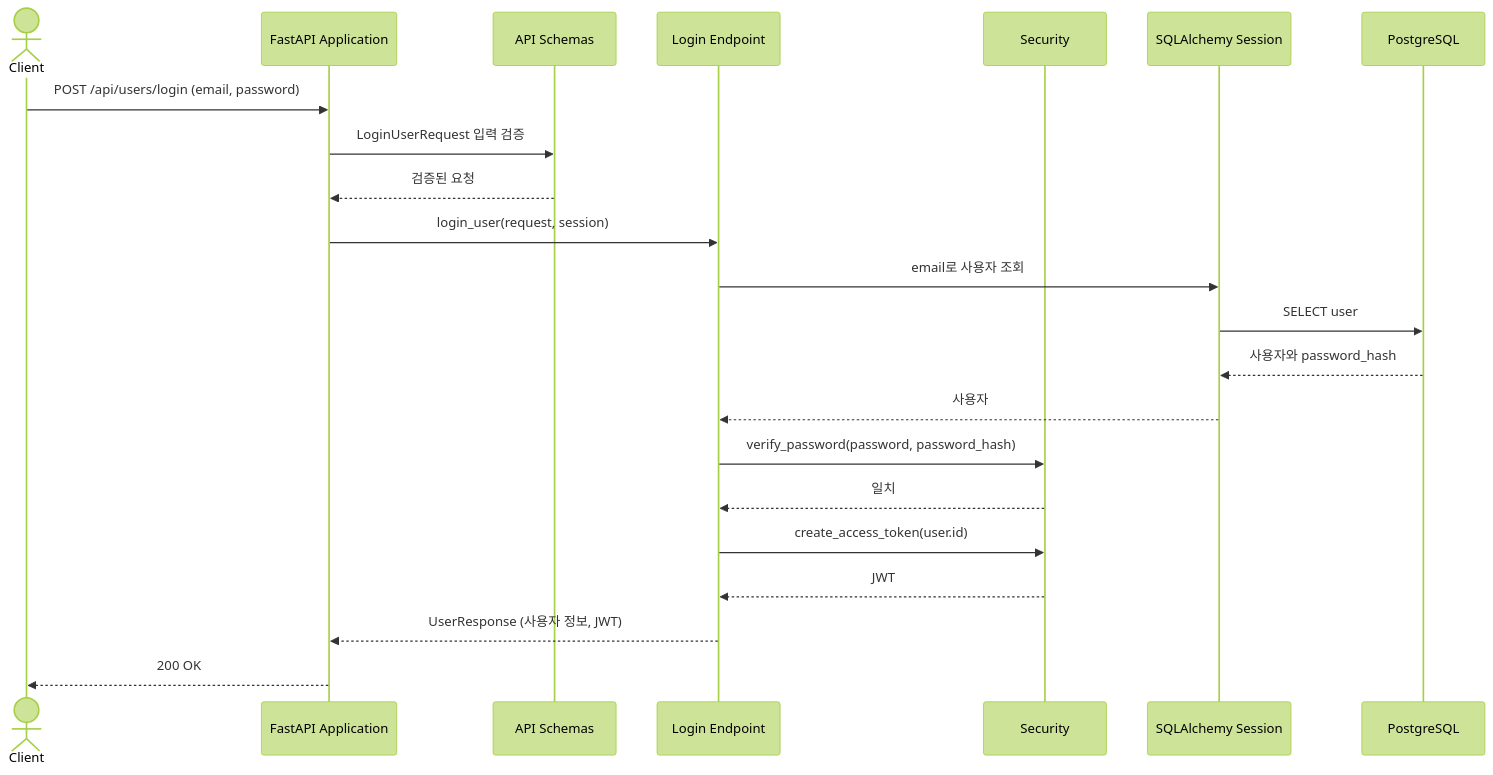
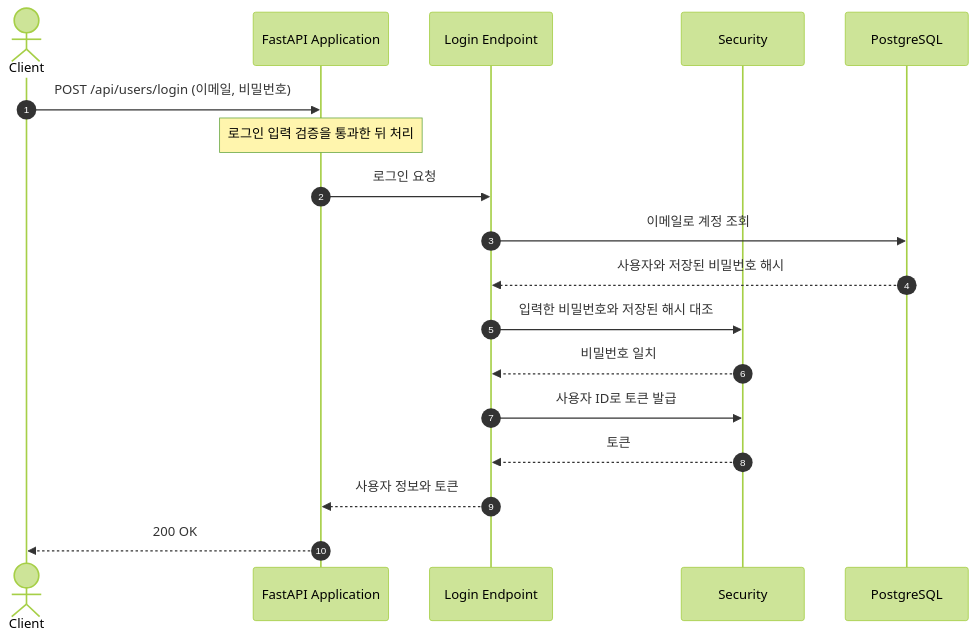
One commit to chahoseong/realworld-fastapi-backend changed the diagram in docs/architecture/flows/user-login.md. Above: the diagram before and after it, drawn with Mermaid (forest theme). The commit also changed other lines of this file and 11 other files, not shown here.

Commit message:
Refactor documentation for user flows: update component responsibilities, runtime views, and scenarios for comment, favorite, follow, public profile, user login, registration, retrieval, and update processes.

````diff
--- a/docs/architecture/flows/user-login.md
+++ b/docs/architecture/flows/user-login.md
@@ -20,25 +22,21 @@
 ```mermaid
 sequenceDiagram
+    autonumber
     actor Client
     participant App as FastAPI Application
-    participant Schemas as API Schemas
-    participant Login as Login Endpoint
+    participant Endpoint as Login Endpoint
     participant Security
-    participant Session as SQLAlchemy Session
-    participant Database as PostgreSQL
+    participant DB as PostgreSQL
 
-    Client->>App: POST /api/users/login (email, password)
-    App->>Schemas: LoginUserRequest 입력 검증
-    Schemas-->>App: 검증된 요청
-    App->>Login: login_user(request, session)
-    Login->>Session: email로 사용자 조회
-    Session->>Database: SELECT user
-    Database-->>Session: 사용자와 password_hash
-    Session-->>Login: 사용자
-    Login->>Security: verify_password(password, password_hash)
-    Security-->>Login: 일치
-    Login->>Security: create_access_token(user.id)
-    Security-->>Login: JWT
-    Login-->>App: UserResponse (사용자 정보, JWT)
+    Client->>App: POST /api/users/login (이메일, 비밀번호)
+    Note over App: 로그인 입력 검증을 통과한 뒤 처리
+    App->>Endpoint: 로그인 요청
+    Endpoint->>DB: 이메일로 계정 조회
+    DB-->>Endpoint: 사용자와 저장된 비밀번호 해시
+    Endpoint->>Security: 입력한 비밀번호와 저장된 해시 대조
+    Security-->>Endpoint: 비밀번호 일치
+    Endpoint->>Security: 사용자 ID로 토큰 발급
+    Security-->>Endpoint: 토큰
+    Endpoint-->>App: 사용자 정보와 토큰
     App-->>Client: 200 OK
 ```
````
